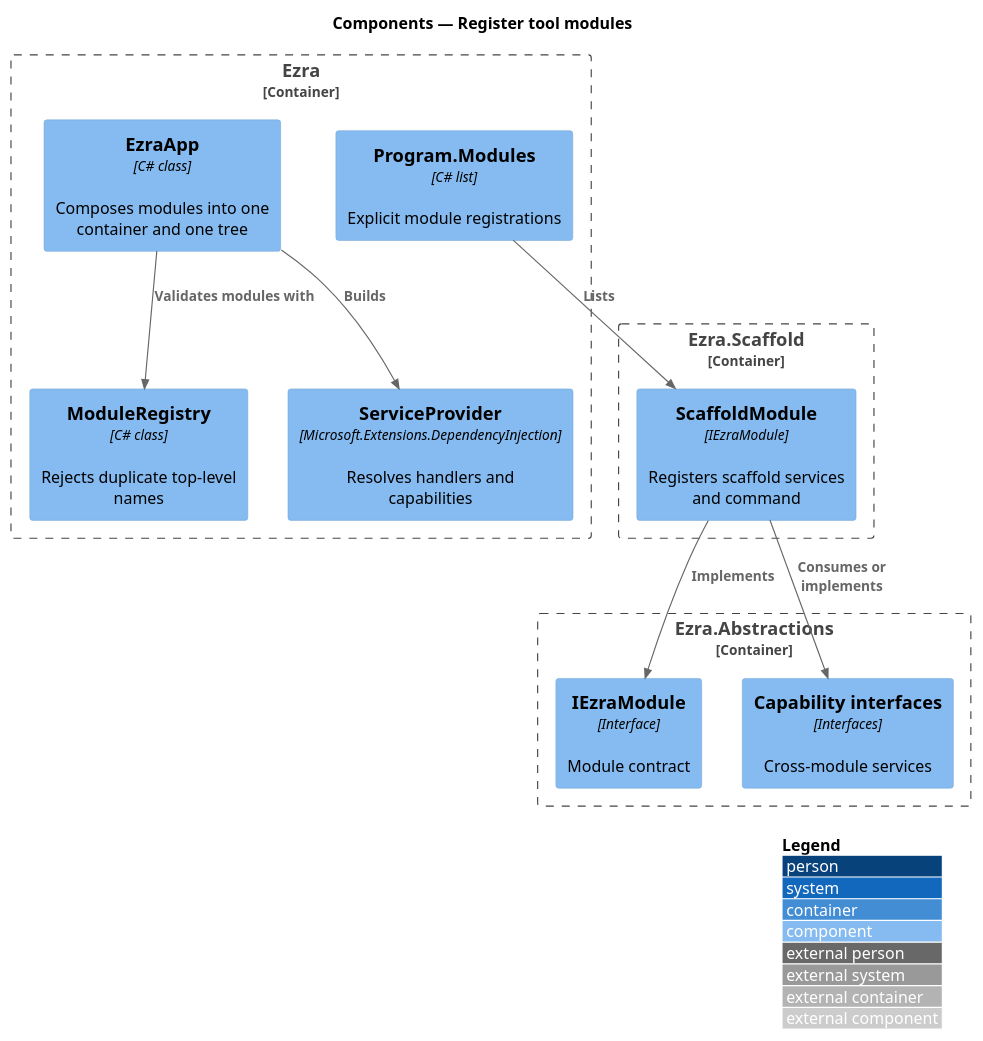
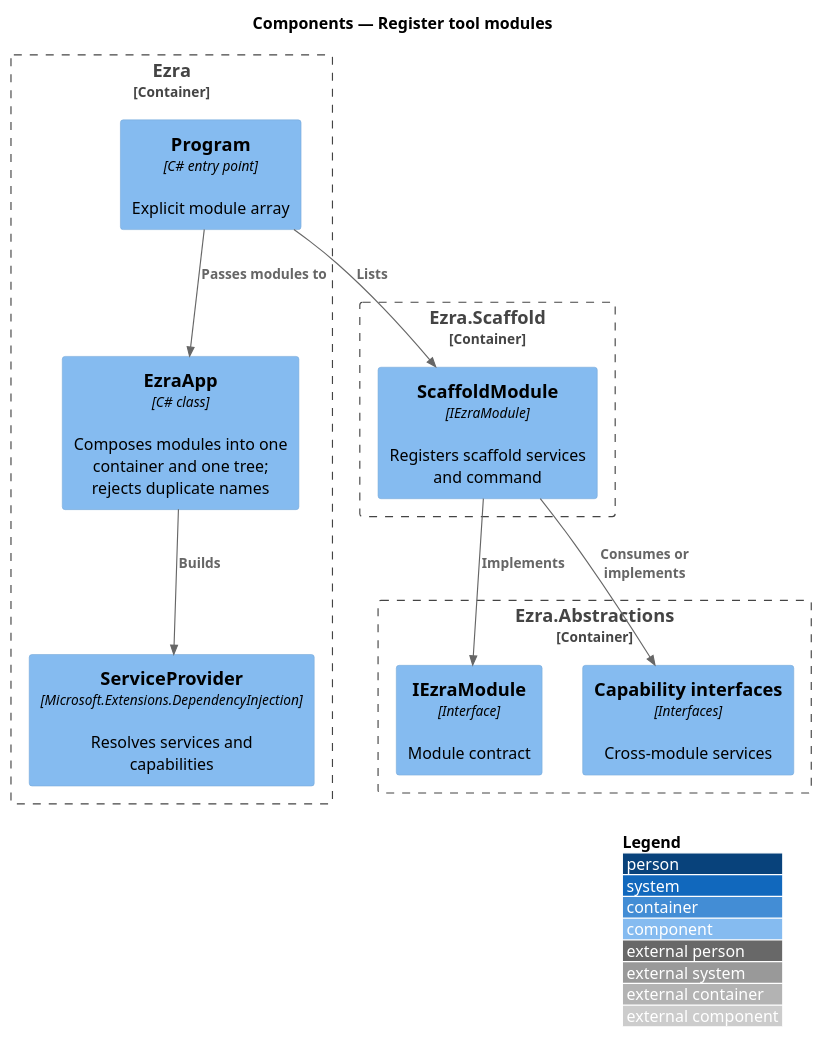
One commit to QuinntyneBrown/ezra changed the diagram in docs/detailed-designs/cli-host/register-tool-modules/diagrams/c4-component.puml. Above: the diagram before and after it, drawn with PlantUML. The commit also changed 26 other files, not shown here.

```diff
--- a/docs/detailed-designs/cli-host/register-tool-modules/diagrams/c4-component.puml
+++ b/docs/detailed-designs/cli-host/register-tool-modules/diagrams/c4-component.puml
@@ -1,24 +1,23 @@
 @startuml
 !include <C4/C4_Component>
 LAYOUT_WITH_LEGEND()
 title Components — Register tool modules
 
 Container_Boundary(host, "Ezra") {
-  Component(program, "Program.Modules", "C# list", "Explicit module registrations")
-  Component(app, "EzraApp", "C# class", "Composes modules into one container and one tree")
-  Component(registry, "ModuleRegistry", "C# class", "Rejects duplicate top-level names")
-  Component(sp, "ServiceProvider", "Microsoft.Extensions.DependencyInjection", "Resolves handlers and capabilities")
+  Component(program, "Program", "C# entry point", "Explicit module array")
+  Component(app, "EzraApp", "C# class", "Composes modules into one container and one tree; rejects duplicate names")
+  Component(sp, "ServiceProvider", "Microsoft.Extensions.DependencyInjection", "Resolves services and capabilities")
 }
 Container_Boundary(abs, "Ezra.Abstractions") {
   Component(contract, "IEzraModule", "Interface", "Module contract")
   Component(cap, "Capability interfaces", "Interfaces", "Cross-module services")
 }
 Container_Boundary(scaffold, "Ezra.Scaffold") {
   Component(mod, "ScaffoldModule", "IEzraModule", "Registers scaffold services and command")
 }
+Rel(program, app, "Passes modules to")
 Rel(program, mod, "Lists")
-Rel(app, registry, "Validates modules with")
 Rel(app, sp, "Builds")
 Rel(mod, contract, "Implements")
 Rel(mod, cap, "Consumes or implements")
 @enduml
```
